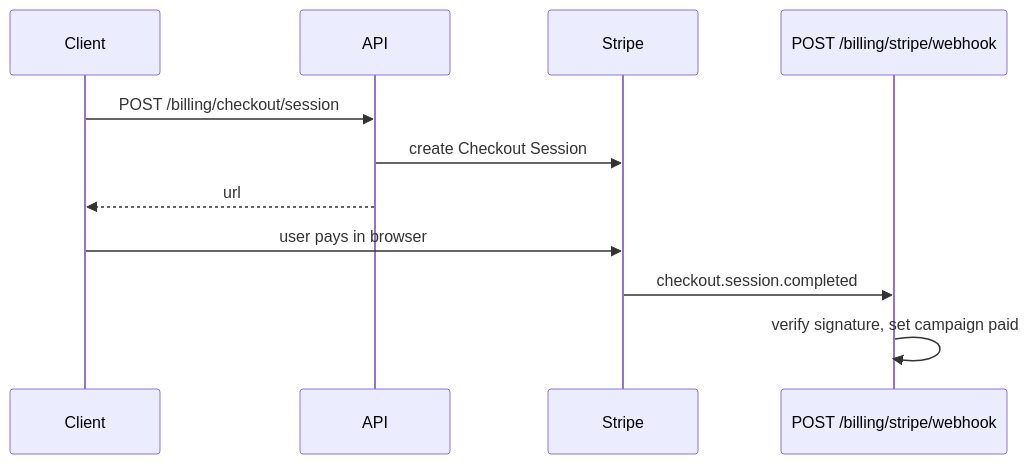
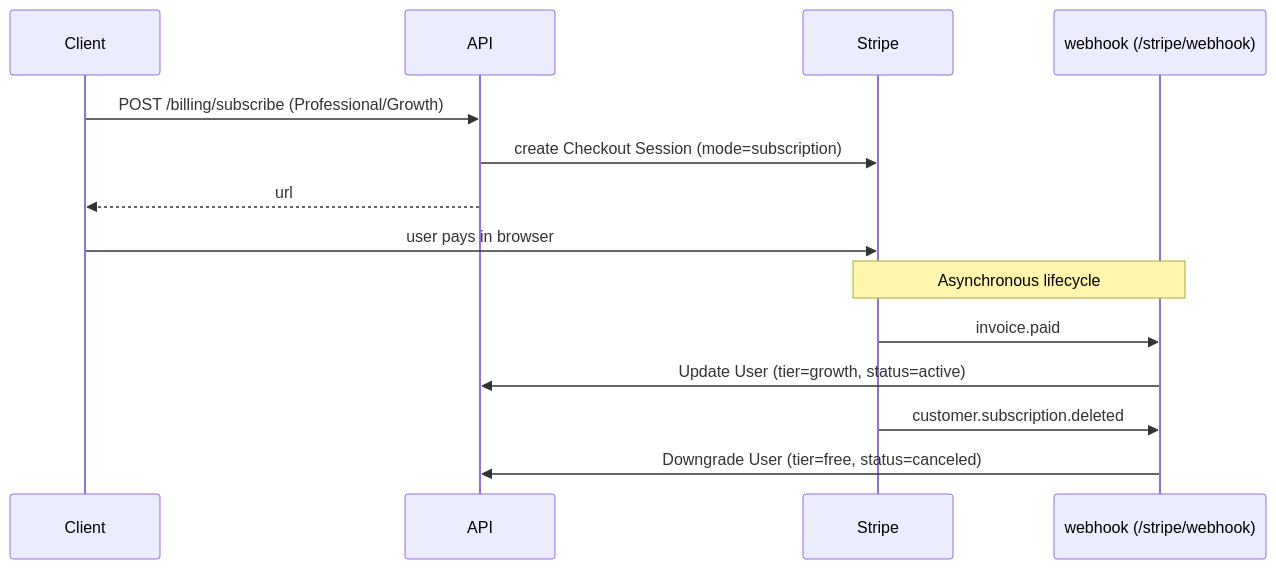
Before and after one commit to pranaya-mathur/AIMOS: the fourth of 7 diagrams in README.md, drawn with Mermaid. The commit also changed other lines of this file and 2 other files, not shown here.

````diff
--- a/README.md
+++ b/README.md
@@ -201,14 +214,19 @@
 ```mermaid
 sequenceDiagram
   participant Client
   participant API
   participant Stripe
-  participant WH as POST /billing/stripe/webhook
+  participant WH as webhook (/stripe/webhook)
 
-  Client->>API: POST /billing/checkout/session
-  API->>Stripe: create Checkout Session
+  Client->>API: POST /billing/subscribe (Professional/Growth)
+  API->>Stripe: create Checkout Session (mode=subscription)
   API-->>Client: url
   Client->>Stripe: user pays in browser
-  Stripe->>WH: checkout.session.completed
-  WH->>WH: verify signature, set campaign paid
+  
+  Note over Stripe, WH: Asynchronous lifecycle
+  Stripe->>WH: invoice.paid
+  WH->>API: Update User (tier=growth, status=active)
+  
+  Stripe->>WH: customer.subscription.deleted
+  WH->>API: Downgrade User (tier=free, status=canceled)
 ```
````
